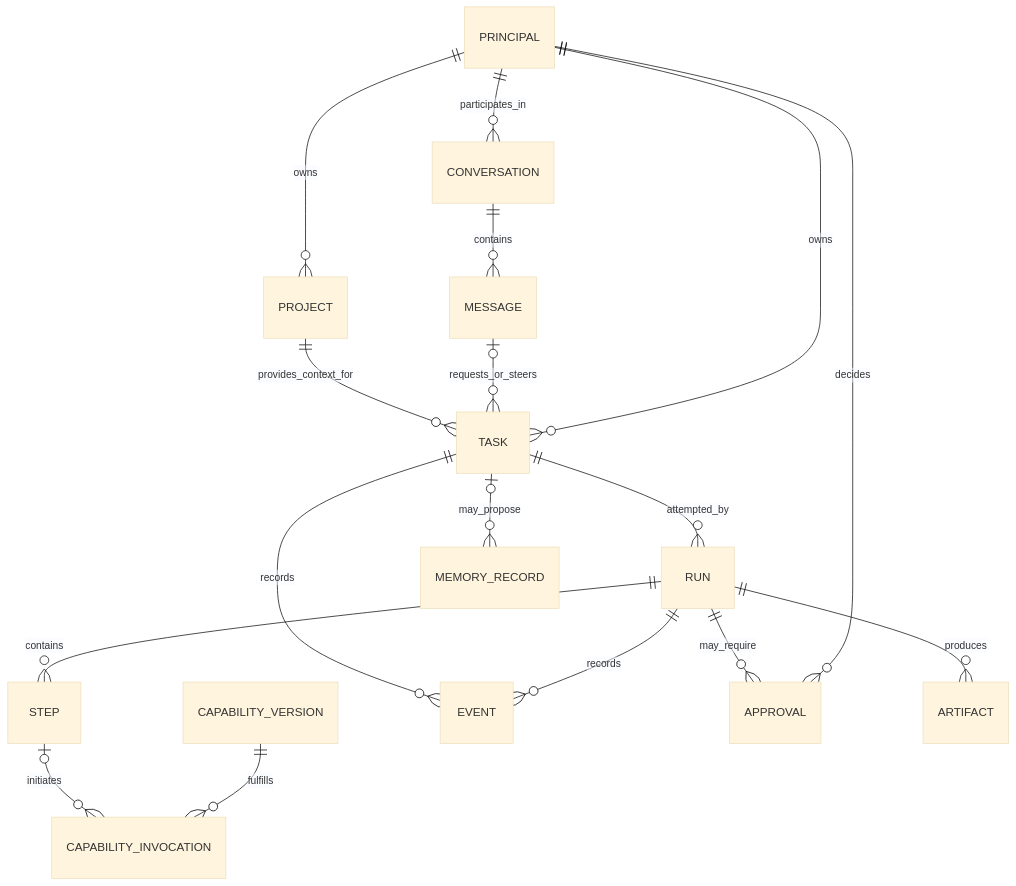
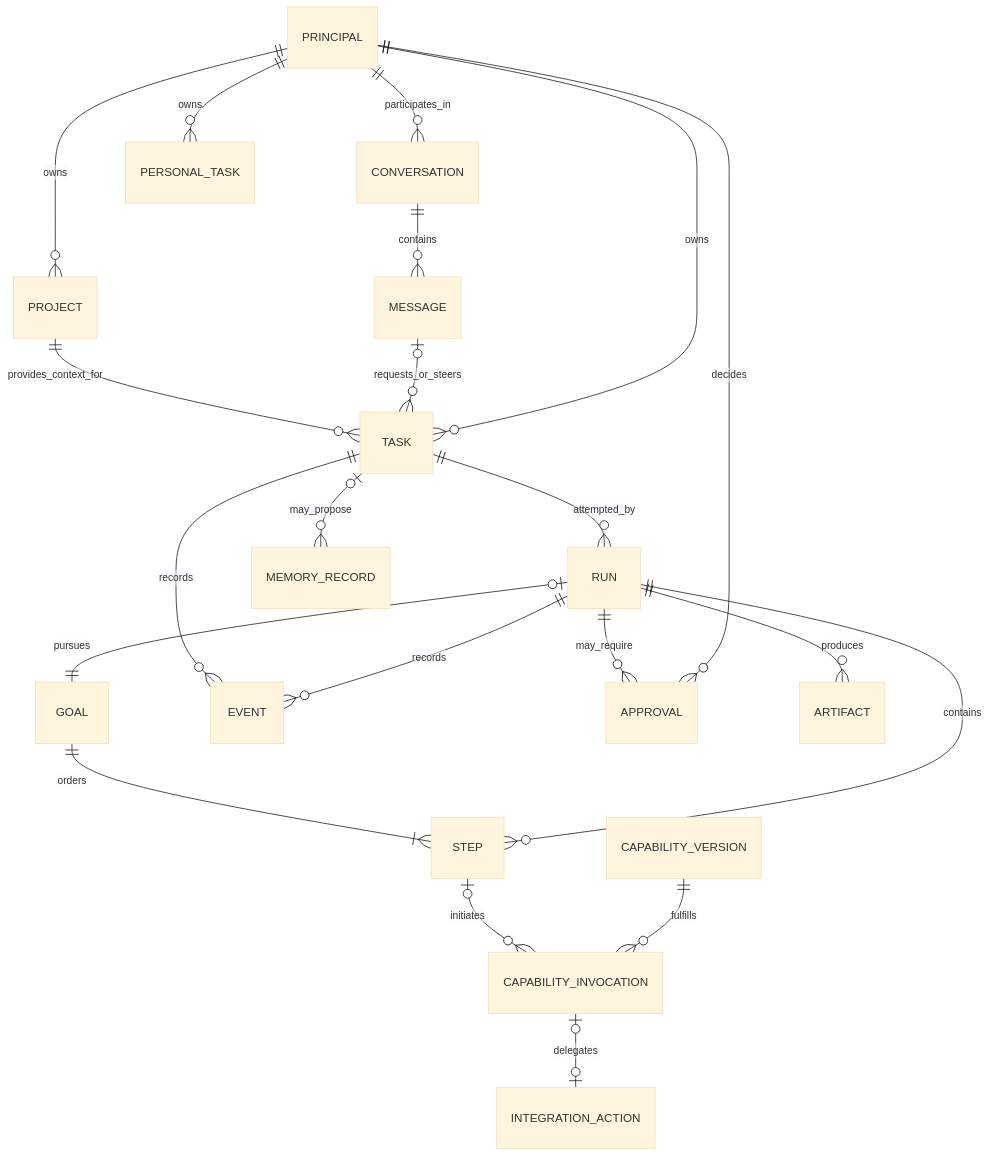
One commit to 4romgod/vera changed the first of 3 diagrams in docs/domain-model.md. Above: the diagram before and after it, drawn with Mermaid (base theme). The commit also changed other lines of this file and 58 other files, not shown here.

````diff
--- a/docs/domain-model.md
+++ b/docs/domain-model.md
@@ -30,19 +30,23 @@
 ```mermaid
 erDiagram
     PRINCIPAL ||--o{ CONVERSATION : participates_in
     PRINCIPAL ||--o{ PROJECT : owns
     PROJECT ||--o{ TASK : provides_context_for
     CONVERSATION ||--o{ MESSAGE : contains
     MESSAGE o|--o{ TASK : requests_or_steers
     PRINCIPAL ||--o{ TASK : owns
+    PRINCIPAL ||--o{ PERSONAL_TASK : owns
     TASK ||--o{ RUN : attempted_by
+    RUN o|--|| GOAL : pursues
+    GOAL ||--|{ STEP : orders
     RUN ||--o{ STEP : contains
     STEP o|--o{ CAPABILITY_INVOCATION : initiates
+    CAPABILITY_INVOCATION o|--o| INTEGRATION_ACTION : delegates
     CAPABILITY_VERSION ||--o{ CAPABILITY_INVOCATION : fulfills
     TASK ||--o{ EVENT : records
     RUN ||--o{ EVENT : records
     RUN ||--o{ APPROVAL : may_require
     RUN ||--o{ ARTIFACT : produces
     PRINCIPAL ||--o{ APPROVAL : decides
     TASK o|--o{ MEMORY_RECORD : may_propose
 ```
````
